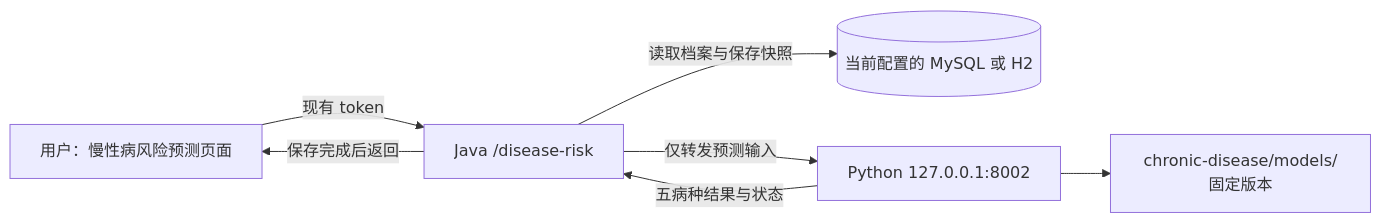
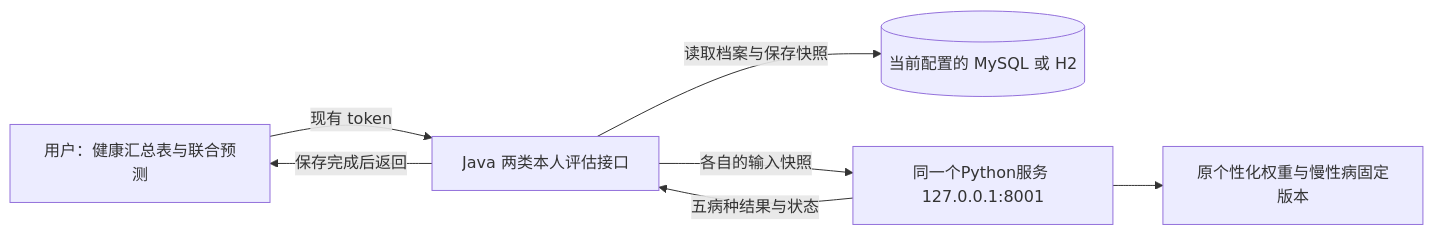
One commit to bawoye284-sketch/rjgcsj changed the diagram in chronic-disease/docs/前后端接入实施方案.md. Above: the diagram before and after it, drawn with Mermaid. The commit also changed other lines of this file and 52 other files, not shown here.

````diff
--- a/chronic-disease/docs/前后端接入实施方案.md
+++ b/chronic-disease/docs/前后端接入实施方案.md
@@ -26,9 +26,9 @@
 ```mermaid
 flowchart LR
-    U[用户：慢性病风险预测页面] -->|现有 token| J[Java /disease-risk]
+    U[用户：健康汇总表与联合预测] -->|现有 token| J[Java 两类本人评估接口]
     J -->|读取档案与保存快照| D[(当前配置的 MySQL 或 H2)]
-    J -->|仅转发预测输入| P[Python 127.0.0.1:8002]
-    P --> W[chronic-disease/models/固定版本]
+    J -->|各自的输入快照| P[同一个Python服务 127.0.0.1:8001]
+    P --> W[原个性化权重与慢性病固定版本]
     P -->|五病种结果与状态| J
     J -->|保存完成后返回| U
 ```
````
